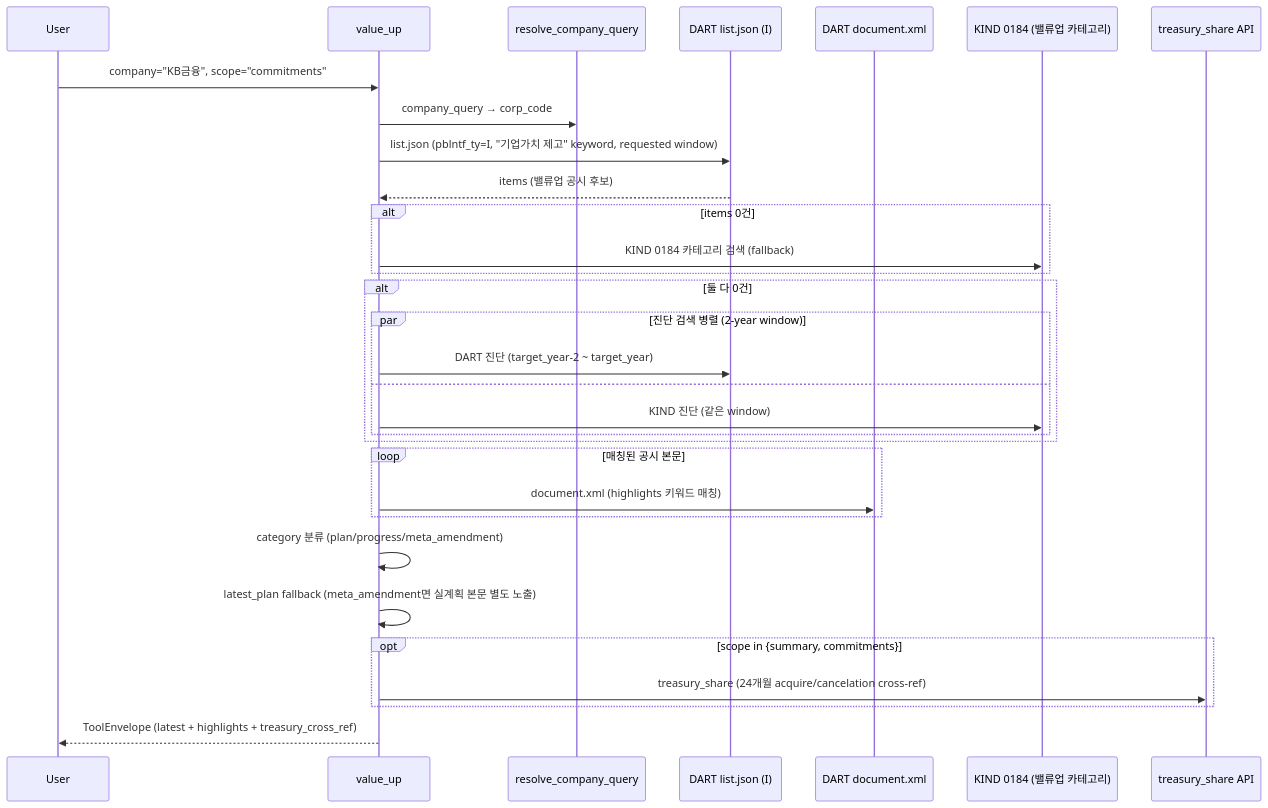
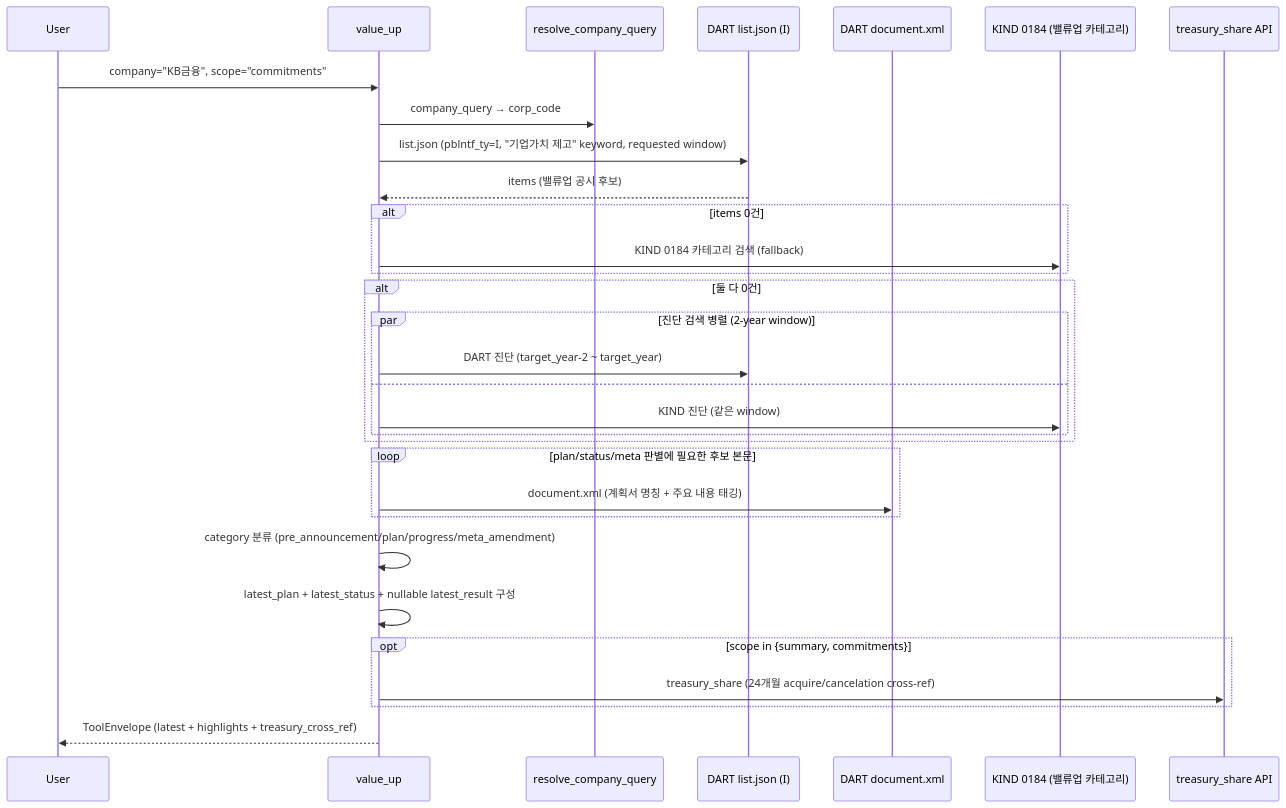
Before and after one commit to MarcoYou/open-proxy-mcp: the diagram in wiki/tools/value_up.md, drawn with Mermaid. The commit also changed other lines of this file and 19 other files, not shown here.

````diff
--- a/wiki/tools/value_up.md
+++ b/wiki/tools/value_up.md
@@ -89,33 +116,33 @@
 ```mermaid
 sequenceDiagram
     participant U as User
     participant T as value_up
     participant R as resolve_company_query
     participant DL as DART list.json (I)
     participant DX as DART document.xml
     participant K as KIND 0184 (밸류업 카테고리)
     participant TS as treasury_share API
     U->>T: company="KB금융", scope="commitments"
     T->>R: company_query → corp_code
     T->>DL: list.json (pblntf_ty=I, "기업가치 제고" keyword, requested window)
     DL-->>T: items (밸류업 공시 후보)
     alt items 0건
         T->>K: KIND 0184 카테고리 검색 (fallback)
     end
     alt 둘 다 0건
         par 진단 검색 병렬 (2-year window)
             T->>DL: DART 진단 (target_year-2 ~ target_year)
         and
             T->>K: KIND 진단 (같은 window)
         end
     end
-    loop 매칭된 공시 본문
-        T->>DX: document.xml (highlights 키워드 매칭)
+    loop plan/status/meta 판별에 필요한 후보 본문
+        T->>DX: document.xml (계획서 명칭 + 주요 내용 태깅)
     end
-    T->>T: category 분류 (plan/progress/meta_amendment)
-    T->>T: latest_plan fallback (meta_amendment면 실계획 본문 별도 노출)
+    T->>T: category 분류 (pre_announcement/plan/progress/meta_amendment)
+    T->>T: latest_plan + latest_status + nullable latest_result 구성
     opt scope in {summary, commitments}
         T->>TS: treasury_share (24개월 acquire/cancelation cross-ref)
     end
     T-->>U: ToolEnvelope (latest + highlights + treasury_cross_ref)
 ```
````
